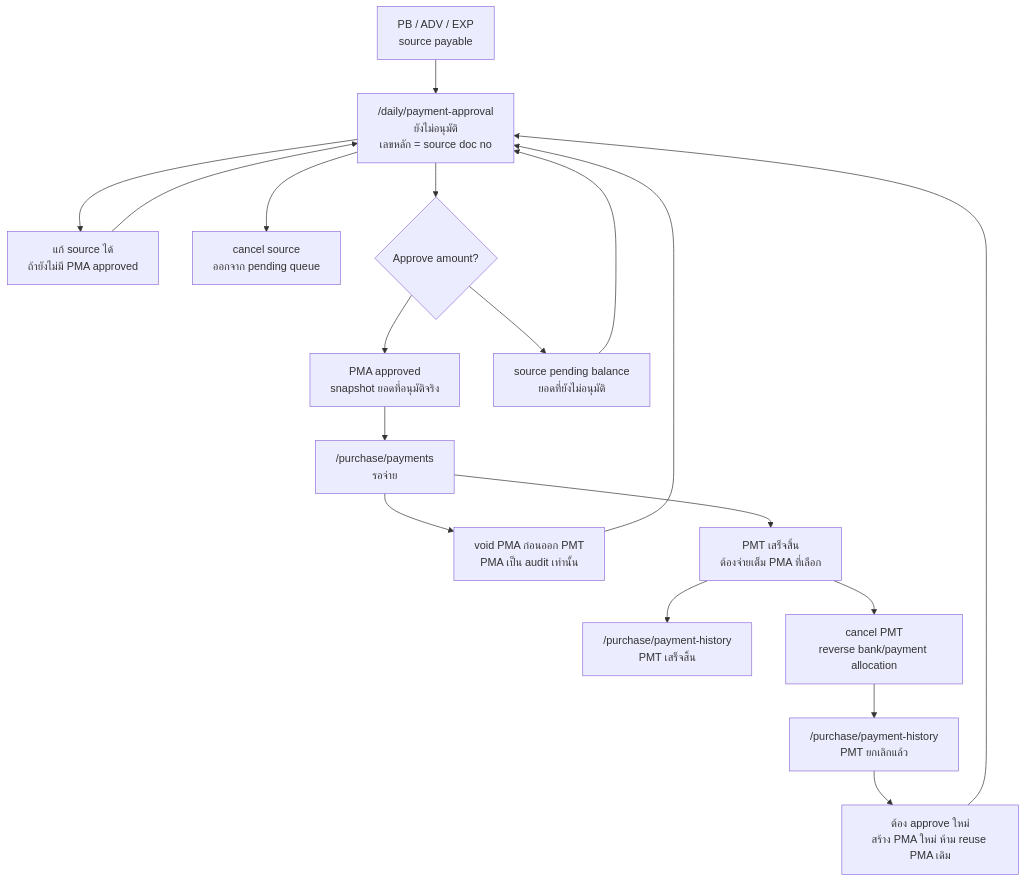
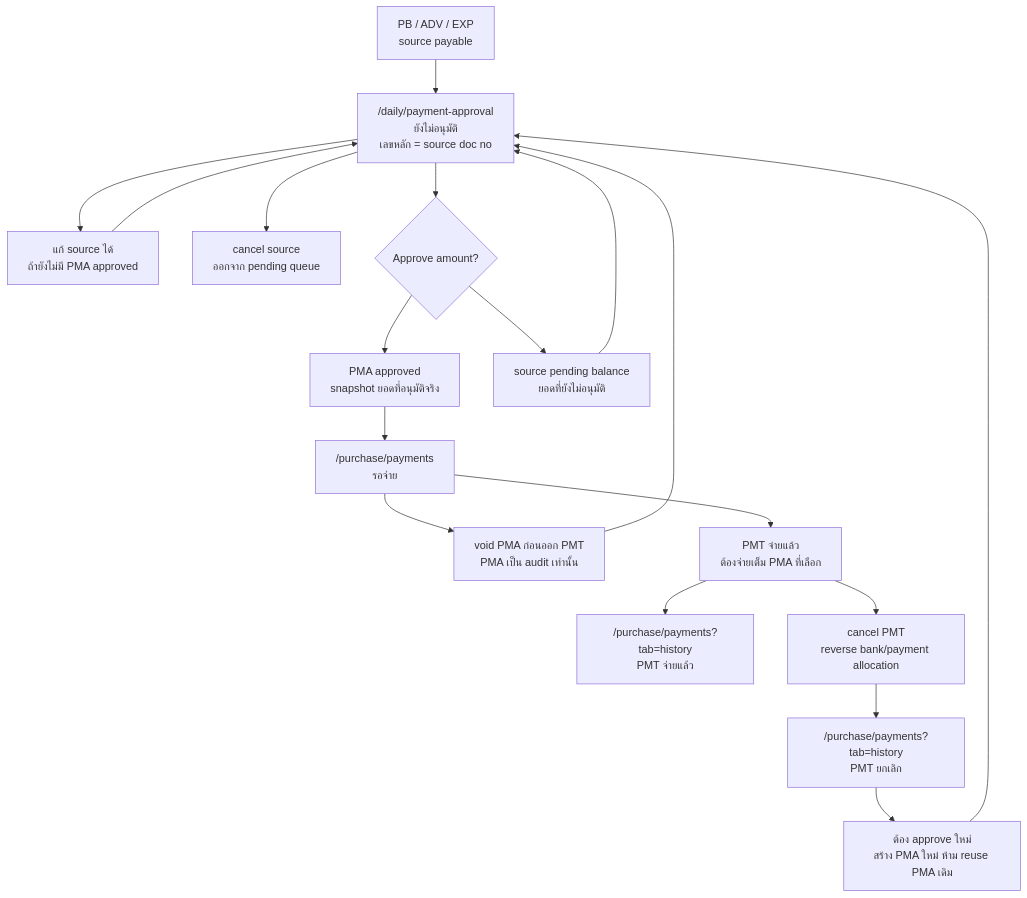
One commit to devdevkub-coder/ns-dev changed the first of 2 diagrams in docs/notes/Payment Flow.md. Above: the diagram before and after it, drawn with Mermaid. The commit also changed other lines of this file and 25 other files, not shown here.

Commit message:
Refine payment flows and table design

````diff
--- a/docs/notes/Payment Flow.md
+++ b/docs/notes/Payment Flow.md
@@ -83,28 +83,28 @@
 ```mermaid
 flowchart TD
   Source["PB / ADV / EXP<br/>source payable"]
   Pending["/daily/payment-approval<br/>ยังไม่อนุมัติ<br/>เลขหลัก = source doc no"]
   Edit["แก้ source ได้<br/>ถ้ายังไม่มี PMA approved"]
   CancelSource["cancel source<br/>ออกจาก pending queue"]
   Approve{"Approve amount?"}
   Pma["PMA approved<br/>snapshot ยอดที่อนุมัติจริง"]
   Remaining["source pending balance<br/>ยอดที่ยังไม่อนุมัติ"]
   Payments["/purchase/payments<br/>รอจ่าย"]
   VoidPma["void PMA ก่อนออก PMT<br/>PMA เป็น audit เท่านั้น"]
-  Pmt["PMT เสร็จสิ้น<br/>ต้องจ่ายเต็ม PMA ที่เลือก"]
-  HistorySuccess["/purchase/payment-history<br/>PMT เสร็จสิ้น"]
+  Pmt["PMT จ่ายแล้ว<br/>ต้องจ่ายเต็ม PMA ที่เลือก"]
+  HistorySuccess["/purchase/payments?tab=history<br/>PMT จ่ายแล้ว"]
   CancelPmt["cancel PMT<br/>reverse bank/payment allocation"]
-  HistoryCancel["/purchase/payment-history<br/>PMT ยกเลิกแล้ว"]
+  HistoryCancel["/purchase/payments?tab=history<br/>PMT ยกเลิก"]
   NewApproval["ต้อง approve ใหม่<br/>สร้าง PMA ใหม่ ห้าม reuse PMA เดิม"]
 
   Source --> Pending
   Pending --> Edit --> Pending
   Pending --> CancelSource
   Pending --> Approve
   Approve --> Pma
   Approve --> Remaining --> Pending
   Pma --> Payments
   Payments --> VoidPma --> Pending
   Payments --> Pmt --> HistorySuccess
   Pmt --> CancelPmt --> HistoryCancel --> NewApproval --> Pending
 ```
````
